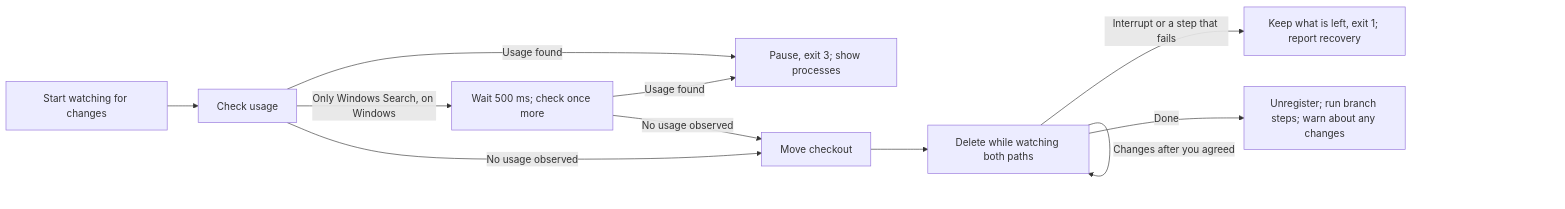
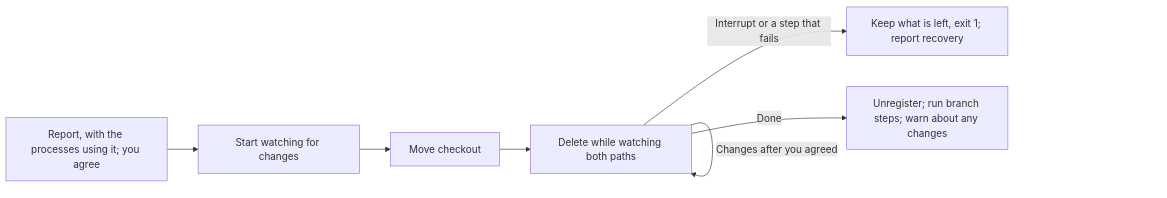
One commit to yankeeinlondon/rusty-biscuit changed the second of 6 diagrams in worktree/docs/cli/remove.md. Above: the diagram before and after it, drawn with Mermaid. The commit also changed other lines of this file and 28 other files, not shown here.

````diff
--- a/worktree/docs/cli/remove.md
+++ b/worktree/docs/cli/remove.md
@@ -225,13 +209,9 @@
 ```mermaid
 flowchart LR
-    W[Start watching for changes] --> A[Check usage]
-    A -->|Usage found| B[Pause, exit 3; show processes]
-    A -->|Only Windows Search, on Windows| R[Wait 500 ms; check once more]
-    R -->|Usage found| B
-    R -->|No usage observed| C
-    A -->|No usage observed| C[Move checkout]
+    Q[Report, with the processes using it; you agree] --> W[Start watching for changes]
+    W --> C[Move checkout]
     C --> D[Delete while watching both paths]
     D -->|Changes after you agreed| D
     D -->|Interrupt or a step that fails| E[Keep what is left, exit 1; report recovery]
     D -->|Done| F[Unregister; run branch steps; warn about any changes]
 ```
````
